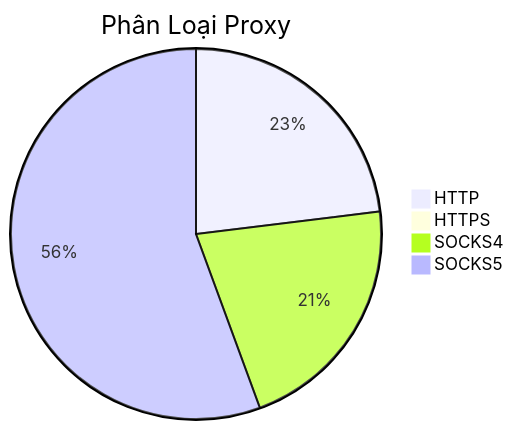
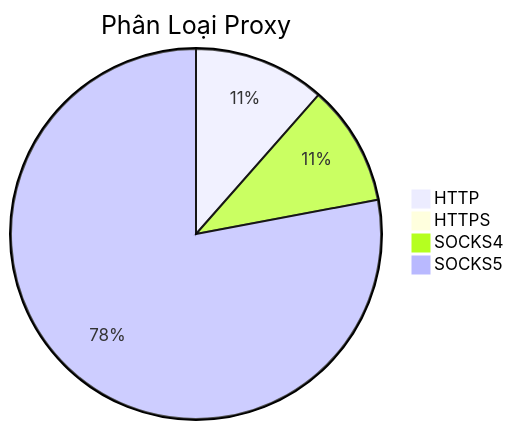
One commit to Ciara-Aa/PROXY-free changed the diagram in README.md. Above: the diagram before and after it, drawn with Mermaid. The commit also changed other lines of this file and 4 other files, not shown here.

````diff
--- a/README.md
+++ b/README.md
@@ -26,7 +26,7 @@
 ```mermaid
 pie title Phân Loại Proxy
-    "HTTP" : 323
-    "HTTPS" : 0
-    "SOCKS4" : 299
-    "SOCKS5" : 779
+    "HTTP" : 327
+    "HTTPS" : 2
+    "SOCKS4" : 300
+    "SOCKS5" : 2218
 ```
````
